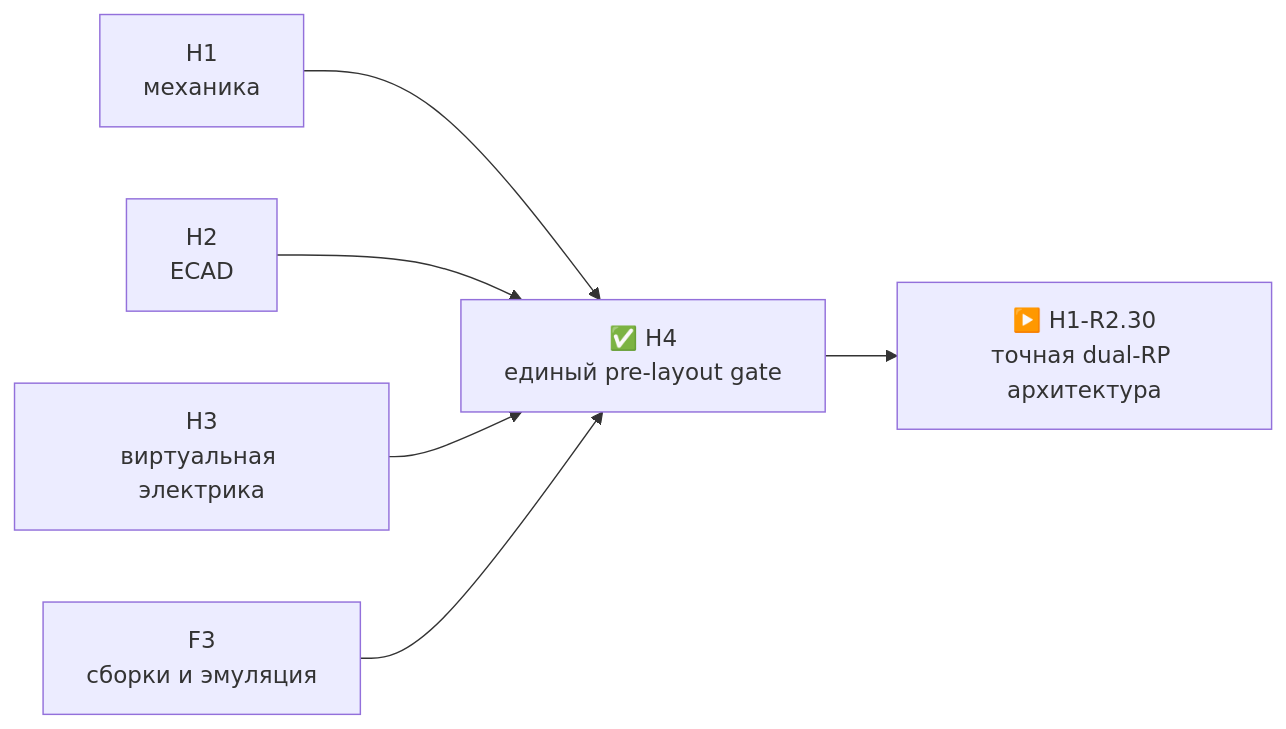
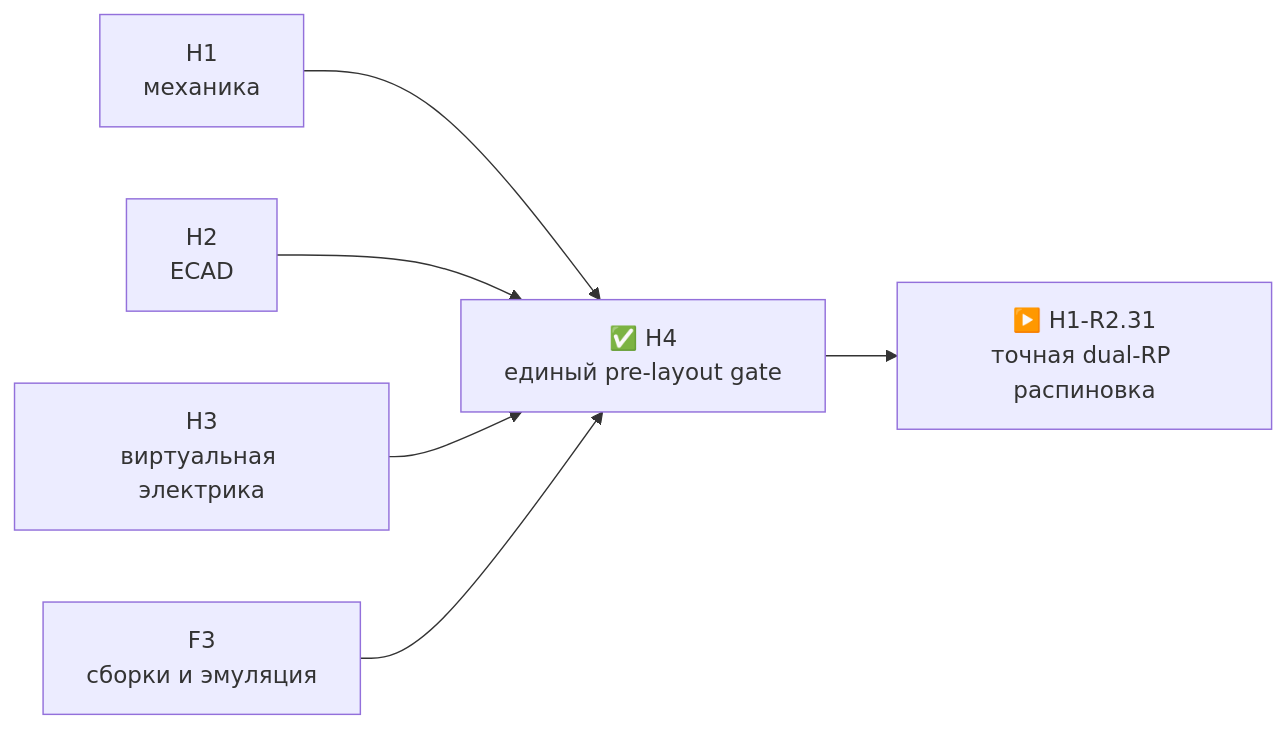
One commit to anton-vinogradov/esp32-leshy2 changed the diagram in docs/h4-prelayout-gate-report.ru.md. Above: the diagram before and after it, drawn with Mermaid. The commit also changed other lines of this file and 196 other files, not shown here.

Commit message:
Rebaseline dual-RP architecture and cost evidence

````diff
--- a/docs/h4-prelayout-gate-report.ru.md
+++ b/docs/h4-prelayout-gate-report.ru.md
@@ -7,8 +7,8 @@
 ```mermaid
 flowchart LR
   H1["H1<br/>механика"] --> H4["✅ H4<br/>единый pre-layout gate"]
   H2["H2<br/>ECAD"] --> H4
   H3["H3<br/>виртуальная электрика"] --> H4
   F3["F3<br/>сборки и эмуляция"] --> H4
-  H4 --> R2["▶️ H1-R2.30<br/>точная dual-RP архитектура"]
+  H4 --> R2["▶️ H1-R2.31<br/>точная dual-RP распиновка"]
 ```
````
